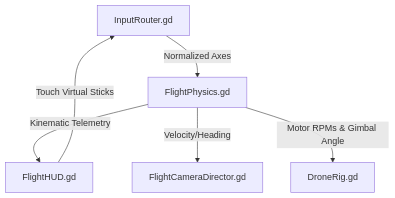
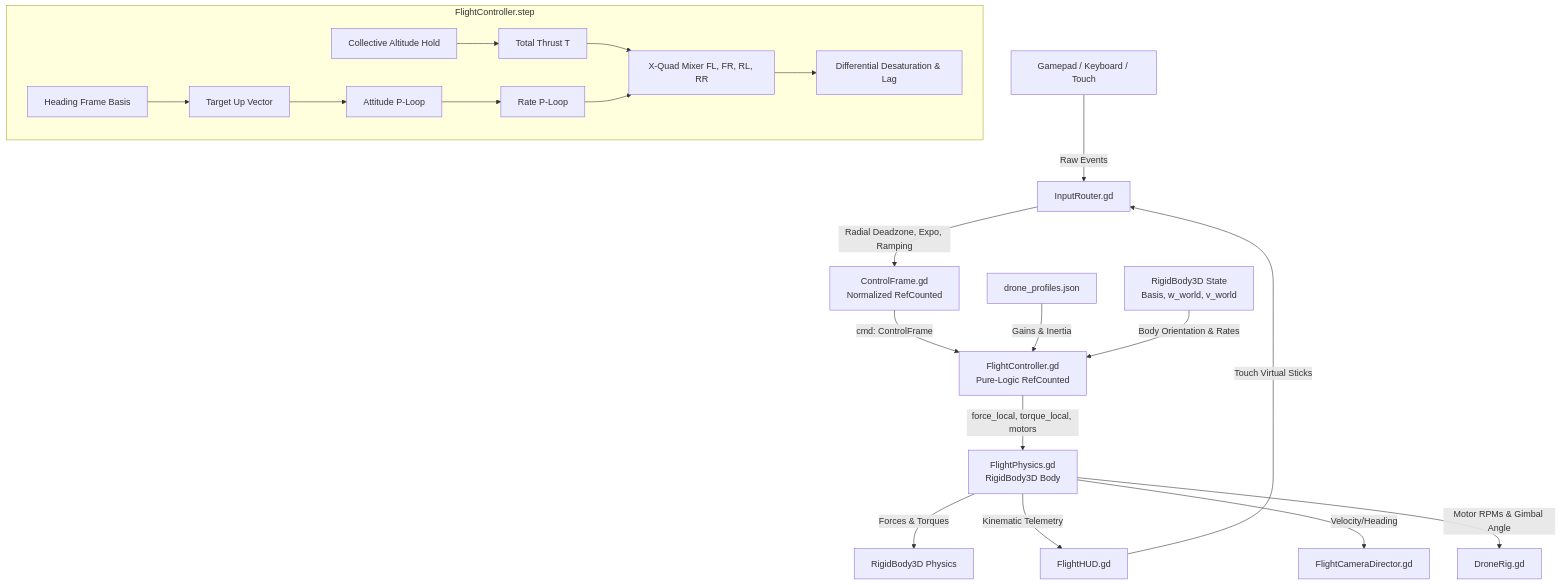
Before and after one commit to roadofriot/DroneGame: the diagram in docs/ARCHITECTURE.md, drawn with Mermaid. The commit also changed other lines of this file and 6 other files, not shown here.

Commit message:
feat(flight): implement pure-logic FlightController, heading attitude P-loop, and X-quad mixer

````diff
--- a/docs/ARCHITECTURE.md
+++ b/docs/ARCHITECTURE.md
@@ -9,8 +13,25 @@
 ```mermaid
 graph TD
-    IR[InputRouter.gd] -->|Normalized Axes| FP[FlightPhysics.gd]
+    InputSources[Gamepad / Keyboard / Touch] -->|Raw Events| IR[InputRouter.gd]
+    IR -->|Radial Deadzone, Expo, Ramping| CF[ControlFrame.gd\nNormalized RefCounted]
+    CF -->|cmd: ControlFrame| FC[FlightController.gd\nPure-Logic RefCounted]
+    Tuning[drone_profiles.json] -->|Gains & Inertia| FC
+    FP_State[RigidBody3D State\nBasis, w_world, v_world] -->|Body Orientation & Rates| FC
+    
+    subgraph FC_Processing [FlightController.step]
+        Heading[Heading Frame Basis] --> TargetUp[Target Up Vector]
+        TargetUp --> AttP[Attitude P-Loop]
+        AttP --> RateP[Rate P-Loop]
+        Collective[Collective Altitude Hold] --> Thrust[Total Thrust T]
+        Thrust --> Mixer[X-Quad Mixer FL, FR, RL, RR]
+        RateP --> Mixer
+        Mixer --> Desat[Differential Desaturation & Lag]
+    end
+
+    FC -->|force_local, torque_local, motors| FP[FlightPhysics.gd\nRigidBody3D Body]
+    FP -->|Forces & Torques| RigidBody[RigidBody3D Physics]
     FP -->|Kinematic Telemetry| HUD[FlightHUD.gd]
     FP -->|Velocity/Heading| CD[FlightCameraDirector.gd]
     FP -->|Motor RPMs & Gimbal Angle| DR[DroneRig.gd]
     HUD -->|Touch Virtual Sticks| IR
 ```
````
